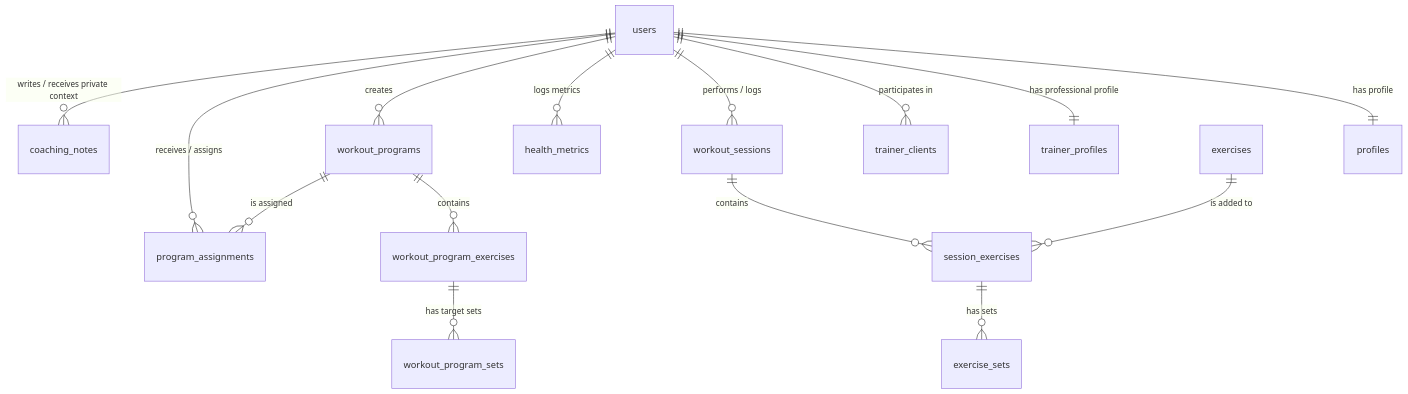
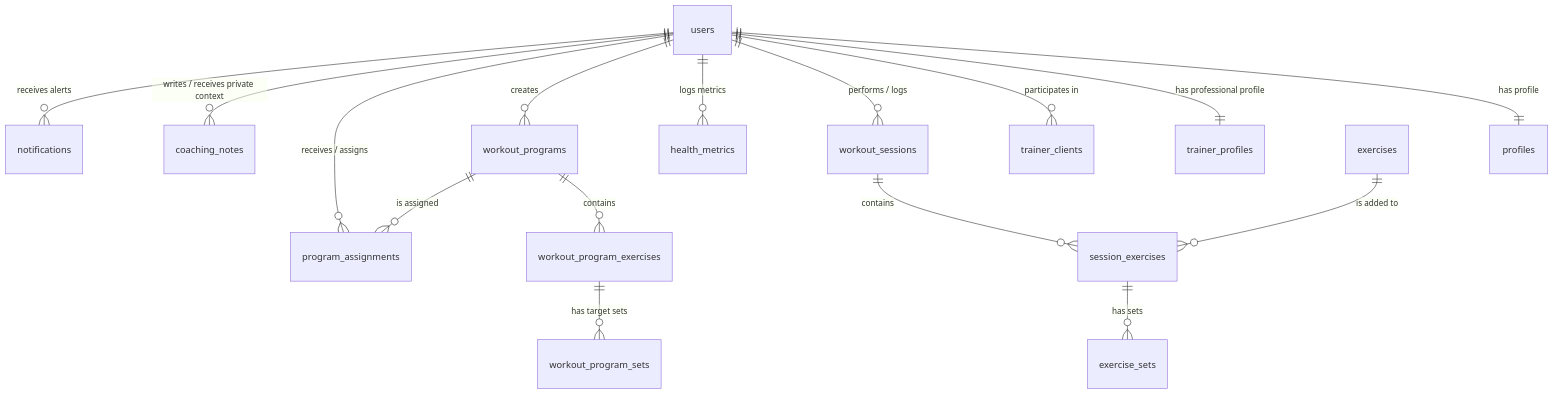
One commit to austinroy/kyber-fitness changed the diagram in README.md. Above: the diagram before and after it, drawn with Mermaid. The commit also changed other lines of this file and 7 other files, not shown here.

````diff
--- a/README.md
+++ b/README.md
@@ -53,17 +54,18 @@
 ```mermaid
 erDiagram
     users ||--|| profiles : "has profile"
     users ||--|| trainer_profiles : "has professional profile"
     users ||--o{ trainer_clients : "participates in"
     users ||--o{ workout_sessions : "performs / logs"
     users ||--o{ health_metrics : "logs metrics"
     users ||--o{ workout_programs : "creates"
     users ||--o{ program_assignments : "receives / assigns"
     users ||--o{ coaching_notes : "writes / receives private context"
+    users ||--o{ notifications : "receives alerts"
     workout_sessions ||--o{ session_exercises : "contains"
     exercises ||--o{ session_exercises : "is added to"
     session_exercises ||--o{ exercise_sets : "has sets"
     workout_programs ||--o{ workout_program_exercises : "contains"
     workout_programs ||--o{ program_assignments : "is assigned"
     workout_program_exercises ||--o{ workout_program_sets : "has target sets"
 ```
````
